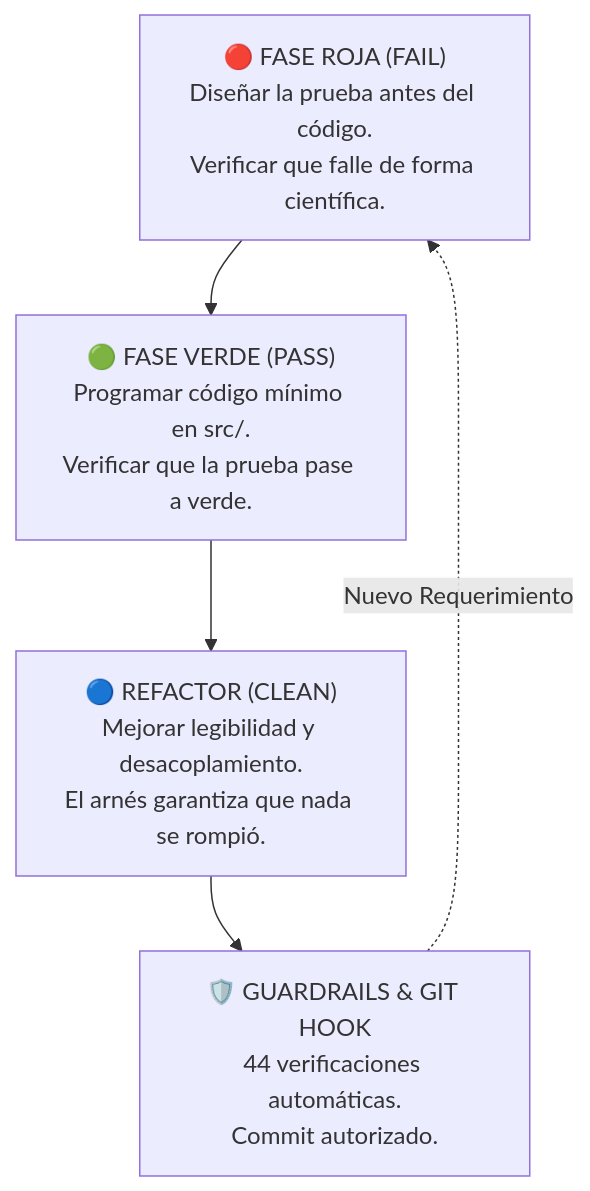
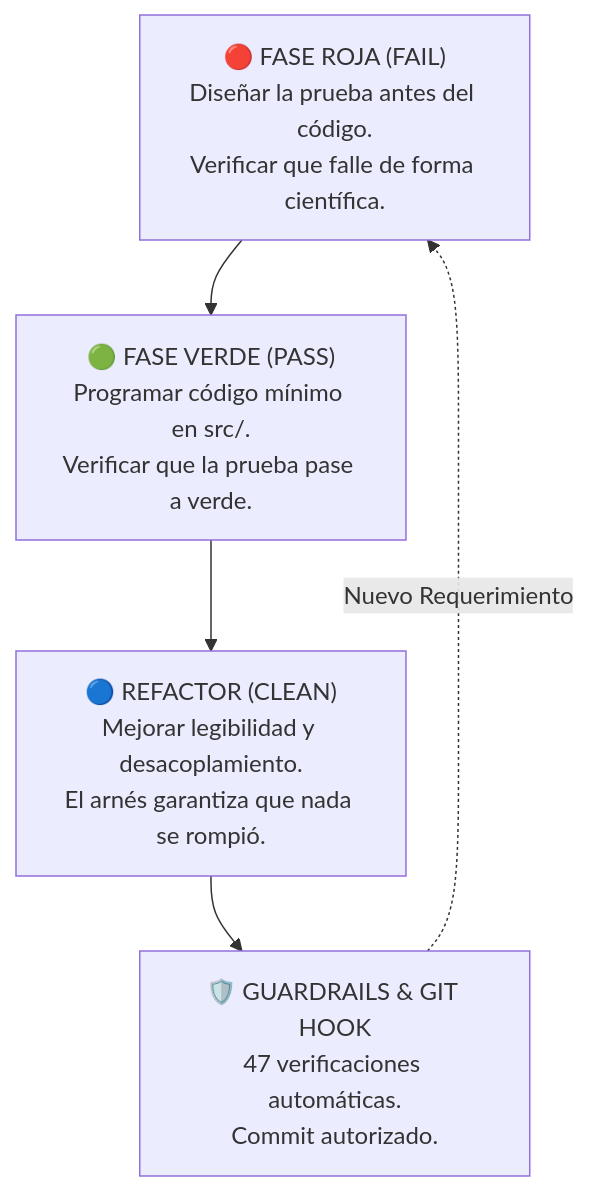
One commit to producciongespro/Antigravity-sdd changed the second of 12 diagrams in info-docs/GUIA_MAESTRA_SDD_AGENTES_ARNESES.md. Above: the diagram before and after it, drawn with Mermaid. The commit also changed other lines of this file and 2 other files, not shown here.

````diff
--- a/info-docs/GUIA_MAESTRA_SDD_AGENTES_ARNESES.md
+++ b/info-docs/GUIA_MAESTRA_SDD_AGENTES_ARNESES.md
@@ -82,7 +83,7 @@
 ```mermaid
 flowchart TD
     FASE_ROJA["🔴 FASE ROJA (FAIL)\nDiseñar la prueba antes del código.\nVerificar que falle de forma científica."] --> FASE_VERDE["🟢 FASE VERDE (PASS)\nProgramar código mínimo en src/.\nVerificar que la prueba pase a verde."]
     FASE_VERDE --> FASE_REFACTOR["🔵 REFACTOR (CLEAN)\nMejorar legibilidad y desacoplamiento.\nEl arnés garantiza que nada se rompió."]
-    FASE_REFACTOR --> GUARDRAILS["🛡️ GUARDRAILS & GIT HOOK\n44 verificaciones automáticas.\nCommit autorizado."]
+    FASE_REFACTOR --> GUARDRAILS["🛡️ GUARDRAILS & GIT HOOK\n47 verificaciones automáticas.\nCommit autorizado."]
     GUARDRAILS -.->|Nuevo Requerimiento| FASE_ROJA
 ```
````
